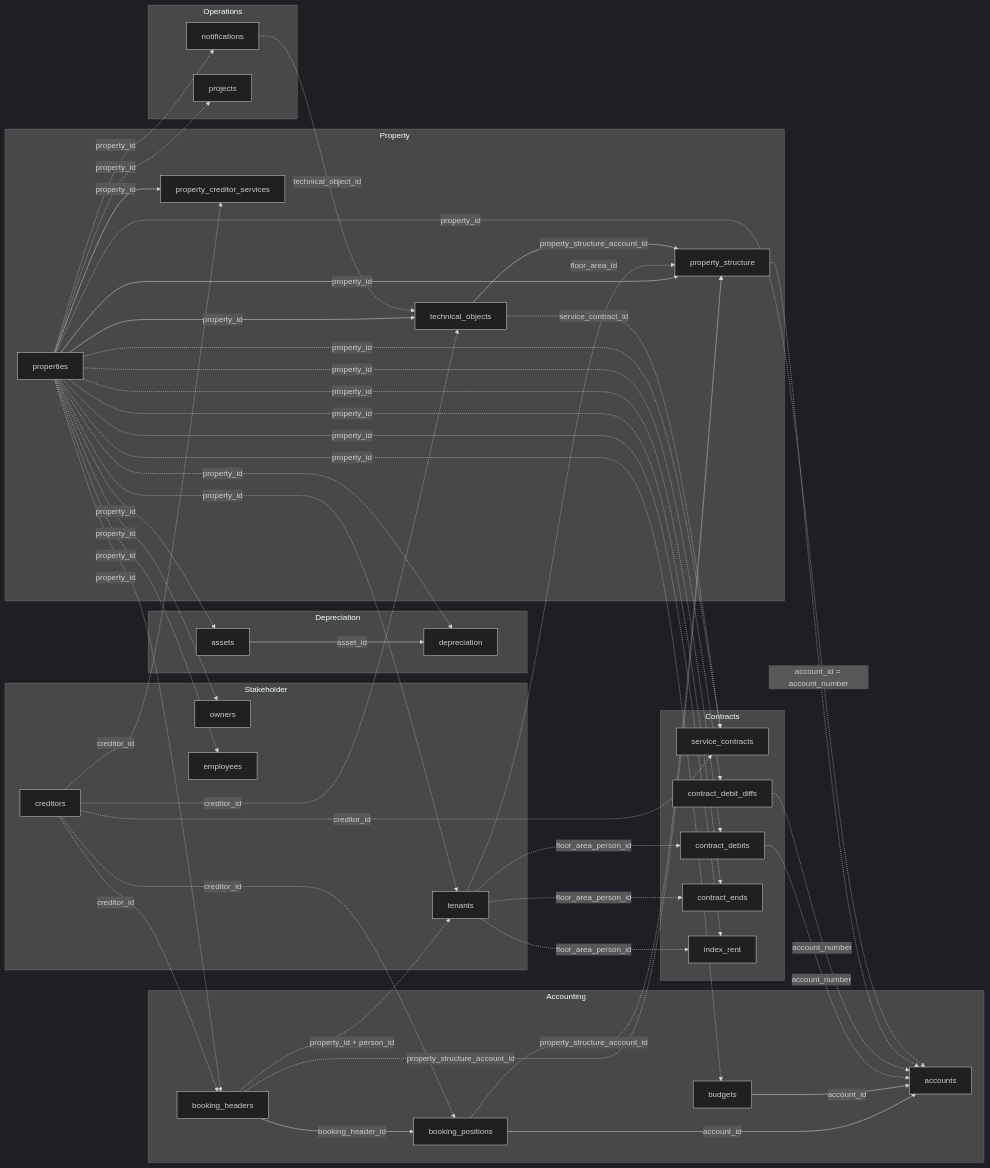
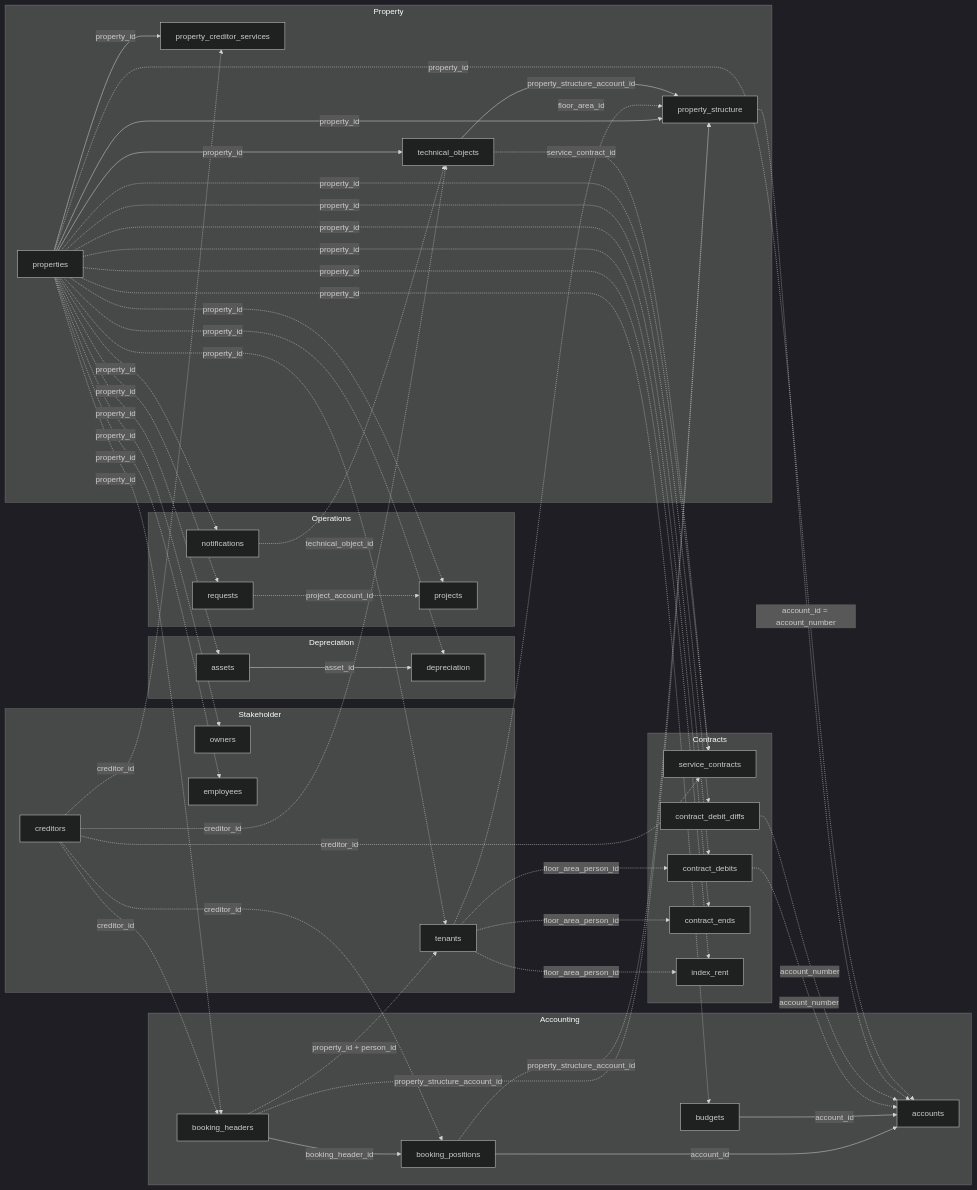
Before and after one commit to Trassets-ai/api-docs: the diagram in de/v1/data-model/overview.mdx, drawn with Mermaid (dark theme). The commit also changed other lines of this file and 3 other files, not shown here.

```diff
--- a/de/v1/data-model/overview.mdx
+++ b/de/v1/data-model/overview.mdx
@@ -73,6 +73,7 @@
   subgraph Operations
     notifications["notifications"]
     projects["projects"]
+    requests["requests"]
   end
 
   subgraph Stakeholder
@@ -85,6 +86,8 @@
   properties -.->|property_id| booking_header
   properties -.->|property_id| notifications
   properties -.->|property_id| projects
+  properties -.->|property_id| requests
+  requests -.->|project_account_id| projects
   properties -->|property_id| technical_objects
   properties -->|property_id| property_creditor_services
   properties -->|property_id| property_structure
```
